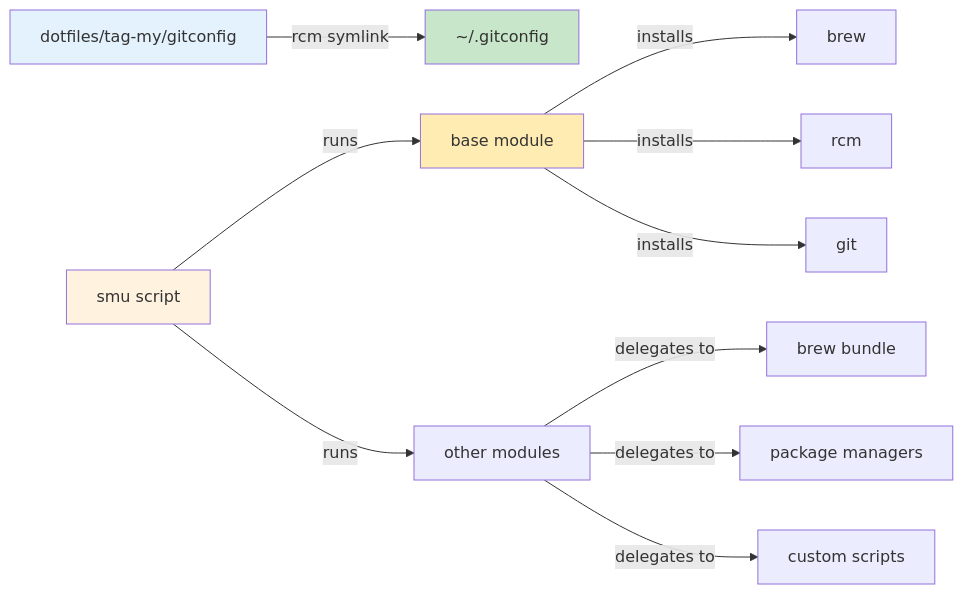
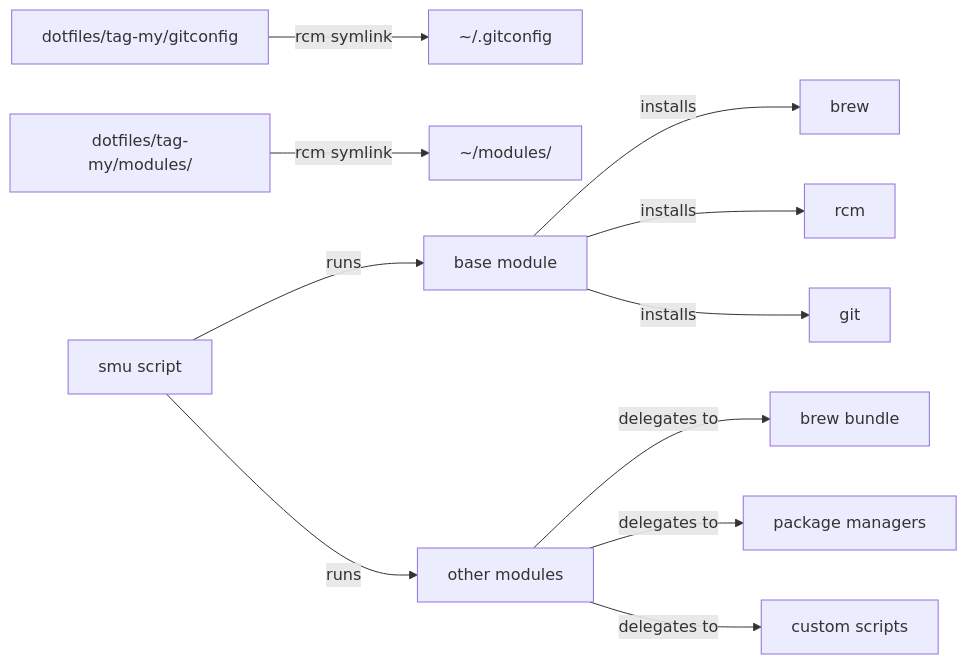
The third of 3 diagrams in README.md (dotbrains/set-me-up-docs), drawn with Mermaid before and after one commit. The commit also changed other lines of this file, not shown here.

Commit message:
docs: remove color styling from mermaid diagrams for dark mode compatibility

````diff
--- a/README.md
+++ b/README.md
@@ -198,17 +189,13 @@
 ```mermaid
 flowchart LR
     A[dotfiles/tag-my/gitconfig] -->|rcm symlink| B[~/.gitconfig]
+    C[dotfiles/tag-my/modules/] -->|rcm symlink| D[~/modules/]
     E[smu script] -->|runs| F[base module]
     F -->|installs| G[brew]
     F -->|installs| H[rcm]
     F -->|installs| I[git]
     E -->|runs| J[other modules]
     J -->|delegates to| K[brew bundle]
     J -->|delegates to| L[package managers]
     J -->|delegates to| M[custom scripts]
-
-    style A fill:#e3f2fd
-    style B fill:#c8e6c9
-    style E fill:#fff3e0
-    style F fill:#ffecb3
 ```
````
